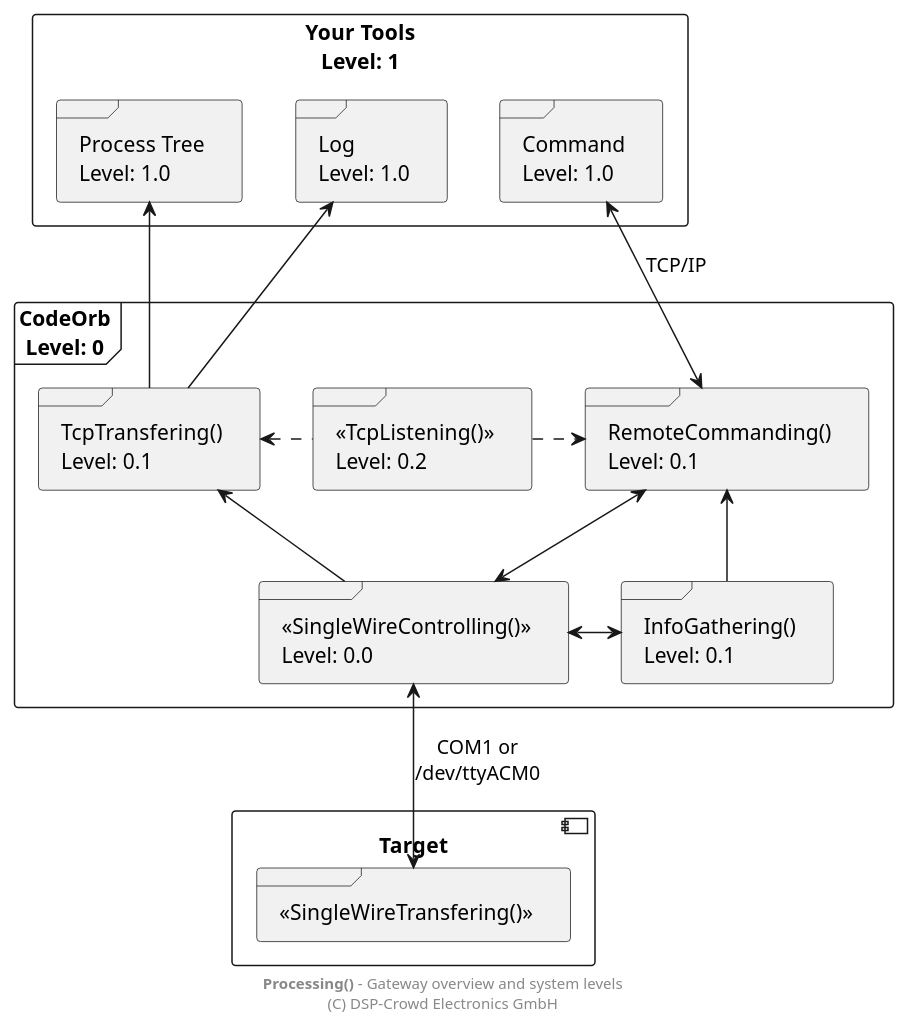
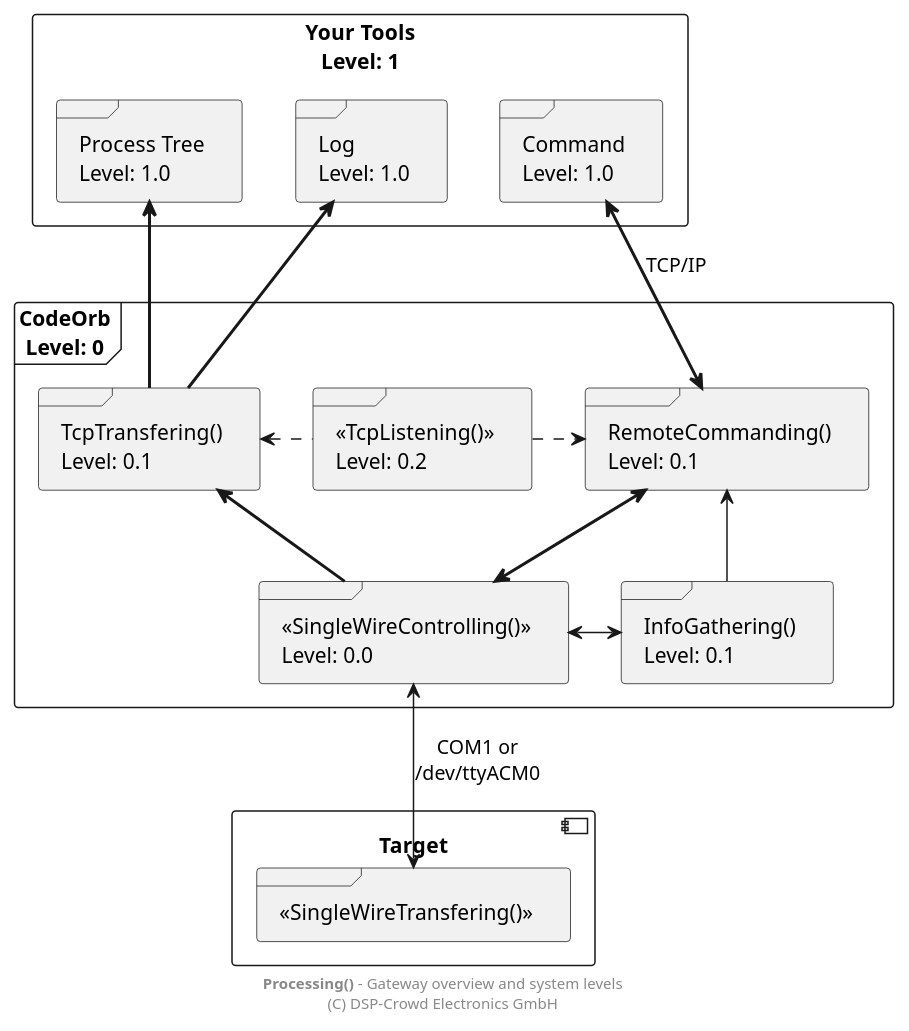
The diagram in doc/system/overview-gw_lvl.pu (NoOrientationProgramming/code-orb), drawn with PlantUML before and after one commit. The commit also changed 1 other file, not shown here.

```diff
--- a/doc/system/overview-gw_lvl.pu
+++ b/doc/system/overview-gw_lvl.pu
@@ -2,43 +2,43 @@
 @startuml
 
 ' skinparam linetype ortho
 
 rectangle "Your Tools\nLevel: 1" as gTools {
 
 	frame "Process Tree\nLevel: 1.0" as pTree
 	frame "Log\nLevel: 1.0" as pLog
 	frame "Command\nLevel: 1.0" as pCmd
 }
 
 frame "CodeOrb\nLevel: 0" as pGw {
 
 	frame "<<TcpListening()>>\nLevel: 0.2" as pList
 	frame "TcpTransfering()\nLevel: 0.1" as pTrans
 	frame "RemoteCommanding()\nLevel: 0.1" as pCmdRemote
 	frame "InfoGathering()\nLevel: 0.1" as pGather
 	frame "<<SingleWireControlling()>>\nLevel: 0.0" as pSwc
 }
 
 component "Target" as pTarget {
 
 	frame "<<SingleWireTransfering()>>" as pSwt
 }
 
-pTree <-- pTrans
-pLog <-- pTrans
-pCmd <--> pCmdRemote : "TCP/IP"
+pTree <-[thickness=2]- pTrans
+pLog <-[thickness=2]- pTrans
+pCmd <-[thickness=2]-> pCmdRemote : "TCP/IP"
 
 pList .l.> pTrans
 pList .r.> pCmdRemote
 
-pTrans <-- pSwc
-pCmdRemote <--> pSwc
+pTrans <-[thickness=2]- pSwc
+pCmdRemote <-[thickness=2]-> pSwc
 
 pCmdRemote <-- pGather
 
 pSwc <--> pSwt : "COM1 or\n/dev/ttyACM0"
 pSwc <-> pGather
 
 footer **Processing()** - Gateway overview and system levels\n(C) DSP-Crowd Electronics GmbH
 
 @enduml
```
